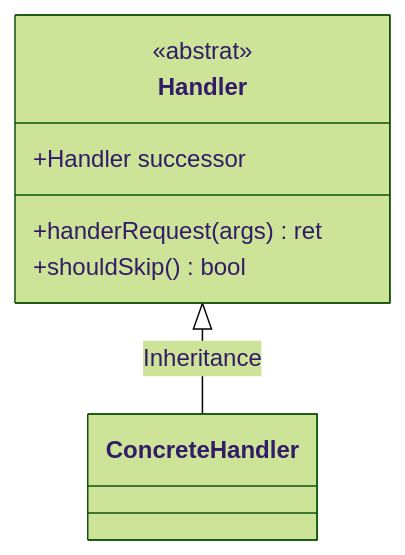
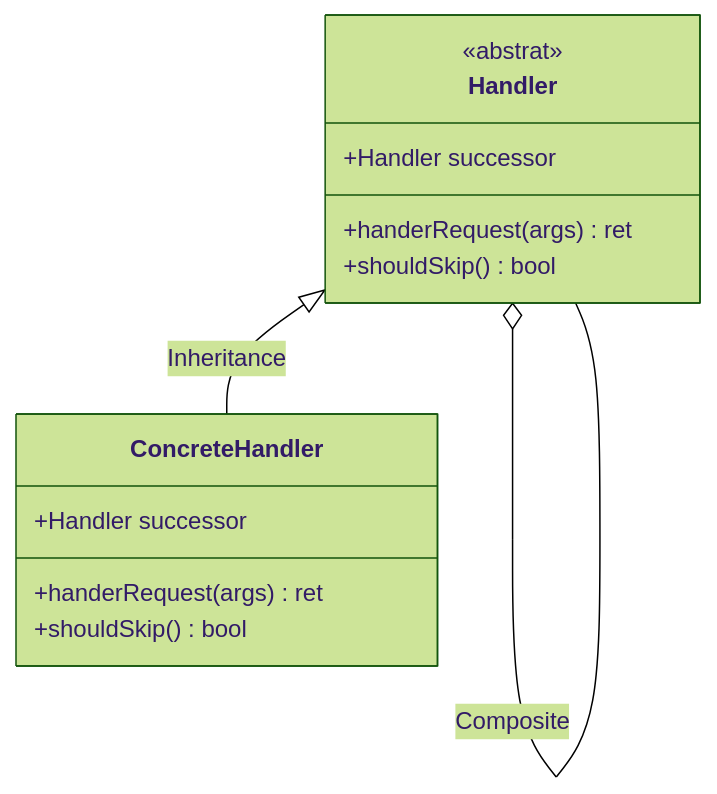
Before and after one commit to chenqwwq/_note: diagram 18 of 20 in 系统设计/23种基本设计模式.md, drawn with Mermaid (forest theme). The commit also changed other lines of this file and 1 other file, not shown here.

````diff
--- a/系统设计/23种基本设计模式.md
+++ b/系统设计/23种基本设计模式.md
@@ -1792,13 +1792,17 @@
 ```mermaid
 classDiagram
 
 class Handler
 <<abstrat>> Handler
 Handler: +Handler successor
 Handler: +handerRequest(args) ret
 Handler: +shouldSkip() bool
 
 class ConcreteHandler
+ConcreteHandler: +Handler successor
+ConcreteHandler: +handerRequest(args) ret
+ConcreteHandler: +shouldSkip() bool
 
 Handler <|-- ConcreteHandler :Inheritance
+Handler o-- Handler :Composite
 ```
````
